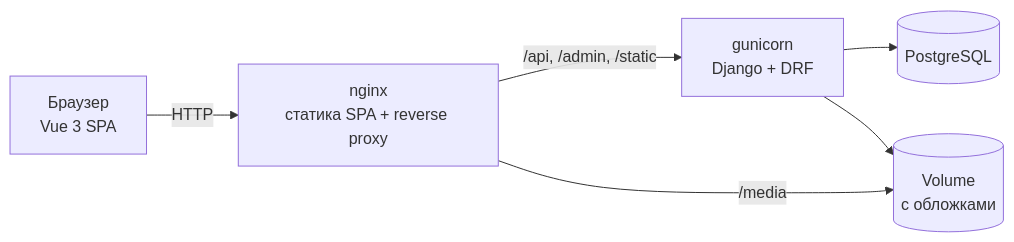
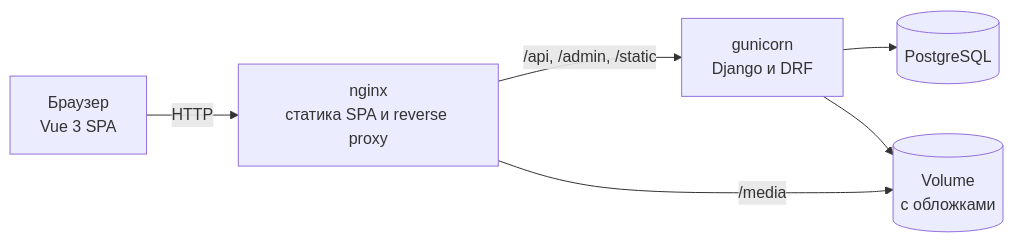
One commit to DogNellaf/verso-bookshop changed the diagram in README.ru.md. Above: the diagram before and after it, drawn with Mermaid. The commit also changed other lines of this file and 23 other files, not shown here.

````diff
--- a/README.ru.md
+++ b/README.ru.md
@@ -130,8 +132,8 @@
 ```mermaid
 flowchart LR
-    U[Браузер<br/>Vue 3 SPA] -->|HTTP| N[nginx<br/>статика SPA + reverse proxy]
-    N -->|/api, /admin, /static| G[gunicorn<br/>Django + DRF]
+    U[Браузер<br/>Vue 3 SPA] -->|HTTP| N[nginx<br/>статика SPA и reverse proxy]
+    N -->|/api, /admin, /static| G[gunicorn<br/>Django и DRF]
     N -->|/media| M[(Volume<br/>с обложками)]
     G --> P[(PostgreSQL)]
     G --> M
 ```
````
